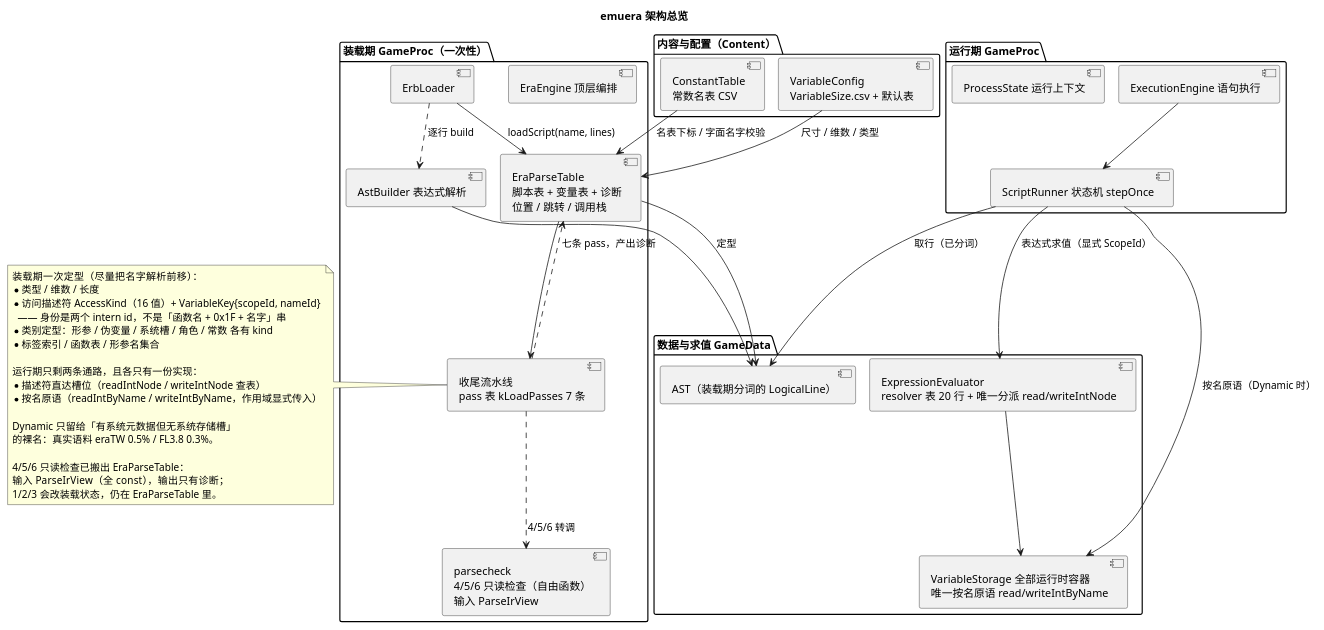
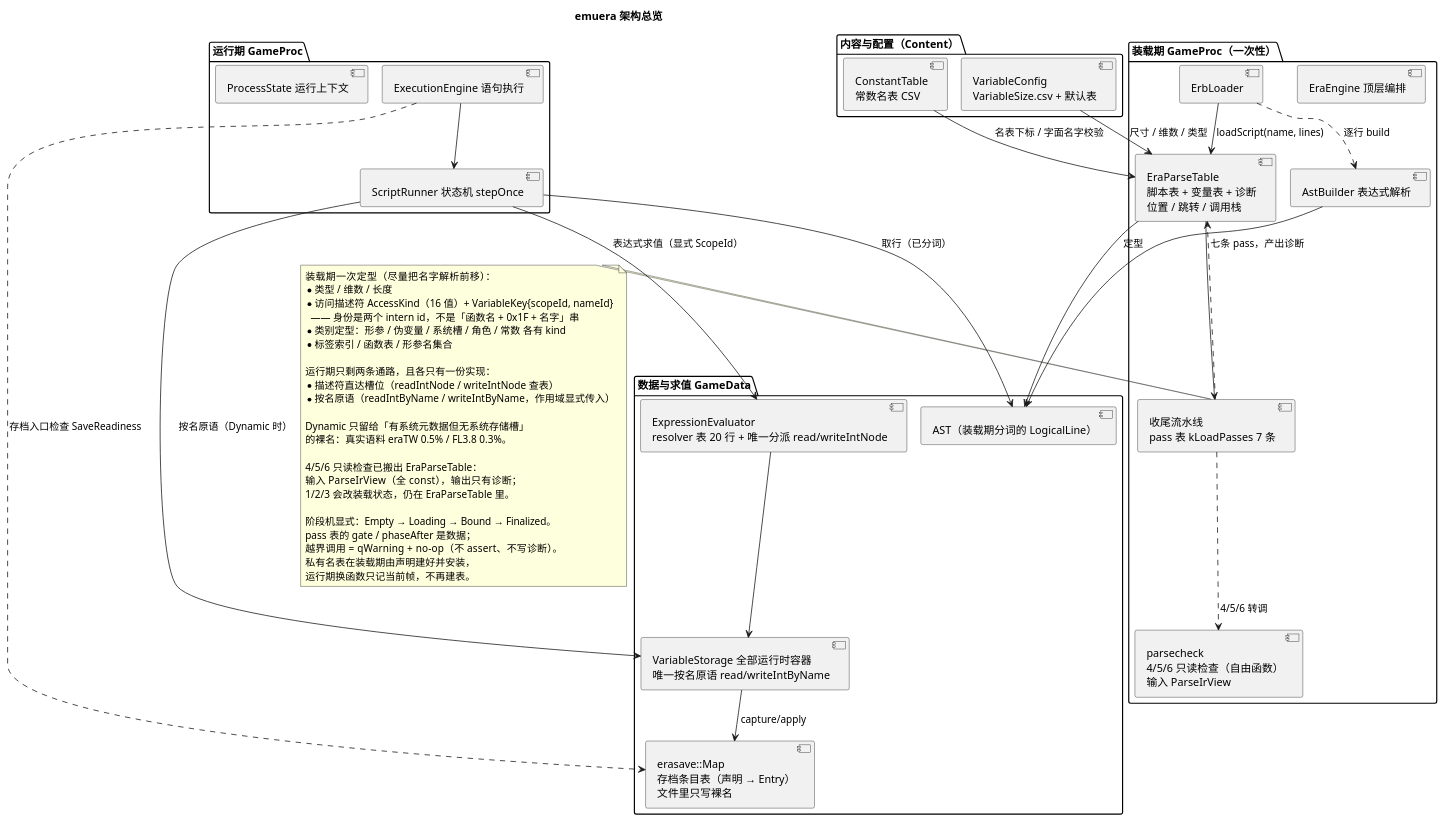
One commit to yigekuyou/qt-eraemu changed the diagram in docs/uml/00-overview.puml. Above: the diagram before and after it, drawn with PlantUML. The commit also changed 6 other files, not shown here.

First line of the commit message:
docs/uml：补存档流、私有名表与阶段机（新增 08-save-load）

```diff
--- a/docs/uml/00-overview.puml
+++ b/docs/uml/00-overview.puml
@@ -1,68 +1,77 @@
 @startuml 00-overview
 ' 无 graphviz(dot) 时用 PlantUML 内置 smetana 布局引擎（有 dot 可删掉这两行）
 !pragma layout smetana
 ' emuera —— 架构总览：装载期一次定型，运行期只做存取
 ' 渲染：plantuml -tpng docs/uml/00-overview.puml
 title emuera 架构总览
 
 package "装载期 GameProc（一次性）" {
   [EraEngine 顶层编排] as Engine
   [ErbLoader] as Loader
   [AstBuilder 表达式解析] as Builder
   [EraParseTable\n脚本表 + 变量表 + 诊断\n位置 / 跳转 / 调用栈] as Table
   [收尾流水线\npass 表 kLoadPasses 7 条] as Finish
   [parsecheck\n4/5/6 只读检查（自由函数）\n输入 ParseIrView] as Checks
 }
 
 package "内容与配置（Content）" {
   [ConstantTable\n常数名表 CSV] as Consts
   [VariableConfig\nVariableSize.csv + 默认表] as Config
 }
 
 package "运行期 GameProc" {
   [ExecutionEngine 语句执行] as Exec
   [ScriptRunner 状态机 stepOnce] as Runner
   [ProcessState 运行上下文] as State
 }
 
 package "数据与求值 GameData" {
   [AST（装载期分词的 LogicalLine）] as AST
   [VariableStorage 全部运行时容器\n唯一按名原语 read/writeIntByName] as Storage
   [ExpressionEvaluator\nresolver 表 20 行 + 唯一分派 read/writeIntNode] as Eval
+  [erasave::Map\n存档条目表（声明 → Entry）\n文件里只写裸名] as Save
 }
 
 Loader ..> Builder : 逐行 build
 Loader --> Table : loadScript(name, lines)
 Builder --> AST
 Finish ..> Table : 七条 pass，产出诊断
 Table --> Finish
 Finish ..> Checks : 4/5/6 转调
 Consts --> Table : 名表下标 / 字面名字校验
 Config --> Table : 尺寸 / 维数 / 类型
 Exec --> Runner
 Runner --> AST : 取行（已分词）
 Runner --> Storage : 按名原语（Dynamic 时）
 Runner --> Eval : 表达式求值（显式 ScopeId）
 Eval --> Storage
+Storage --> Save : capture/apply
+Exec ..> Save : 存档入口检查 SaveReadiness
 Table --> AST : 定型
 
 note right of Finish
   装载期一次定型（尽量把名字解析前移）：
   * 类型 / 维数 / 长度
   * 访问描述符 AccessKind（16 值）+ VariableKey{scopeId, nameId}
     —— 身份是两个 intern id，不是「函数名 + 0x1F + 名字」串
   * 类别定型：形参 / 伪变量 / 系统槽 / 角色 / 常数 各有 kind
   * 标签索引 / 函数表 / 形参名集合
 
   运行期只剩两条通路，且各只有一份实现：
   * 描述符直达槽位（readIntNode / writeIntNode 查表）
   * 按名原语（readIntByName / writeIntByName，作用域显式传入）
 
   Dynamic 只留给「有系统元数据但无系统存储槽」
   的裸名：真实语料 eraTW 0.5% / FL3.8 0.3%。
 
   4/5/6 只读检查已搬出 EraParseTable：
   输入 ParseIrView（全 const），输出只有诊断；
   1/2/3 会改装载状态，仍在 EraParseTable 里。
+
+  阶段机显式：Empty → Loading → Bound → Finalized。
+  pass 表的 gate / phaseAfter 是数据；
+  越界调用 = qWarning + no-op（不 assert、不写诊断）。
+  私有名表在装载期由声明建好并安装，
+  运行期换函数只记当前帧，不再建表。
 end note
 @enduml
```
